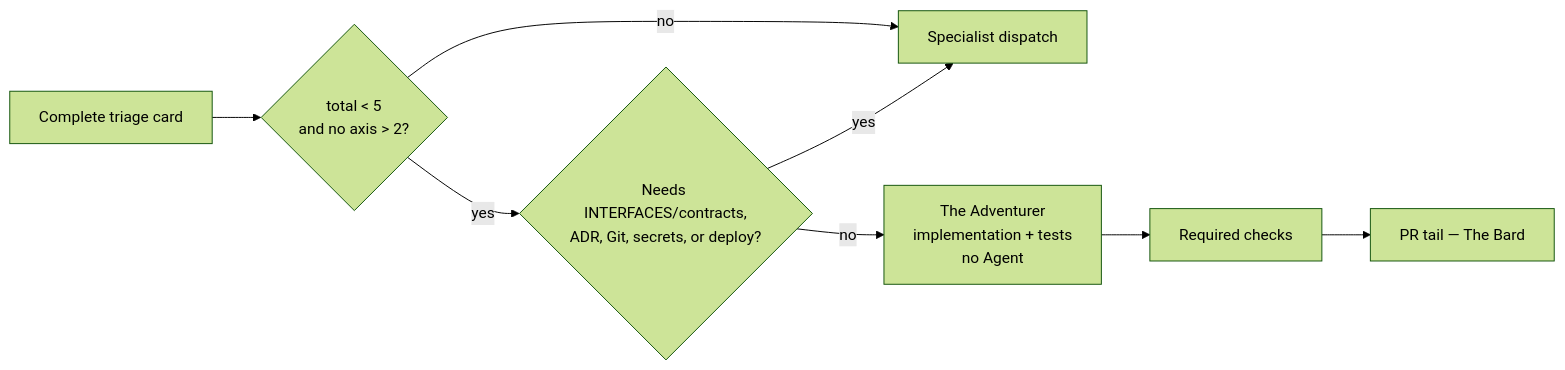
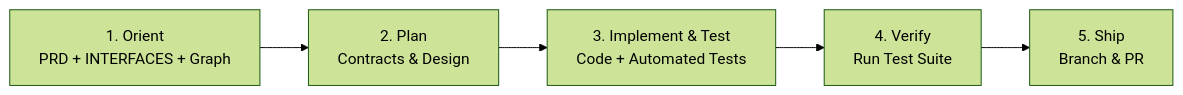
One commit to kodexArg/harness-team-party changed the diagram in docs/DEVELOPMENT-LOOP.md. Above: the diagram before and after it, drawn with Mermaid (forest theme). The commit also changed other lines of this file and 139 other files, not shown here.

````diff
--- a/docs/DEVELOPMENT-LOOP.md
+++ b/docs/DEVELOPMENT-LOOP.md
@@ -78,10 +7,7 @@
 ```mermaid
 flowchart LR
-    CARD["Complete triage card"] --> SCORE{"total < 5<br/>and no axis > 2?"}
-    SCORE -->|no| SPEC["Specialist dispatch"]
-    SCORE -->|yes| BOUND{"Needs INTERFACES/contracts,<br/>ADR, Git, secrets, or deploy?"}
-    BOUND -->|yes| SPEC
-    BOUND -->|no| ADV["The Adventurer<br/>implementation + tests<br/>no Agent"]
-    ADV --> VERIFY["Required checks"]
-    VERIFY --> TAIL["PR tail — The Bard"]
+    ORIENT["1. Orient<br/>PRD + INTERFACES + Graph"] --> PLAN["2. Plan<br/>Contracts & Design"]
+    PLAN --> BUILD["3. Implement & Test<br/>Code + Automated Tests"]
+    BUILD --> VERIFY["4. Verify<br/>Run Test Suite"]
+    VERIFY --> SHIP["5. Ship<br/>Branch & PR"]
 ```
````
